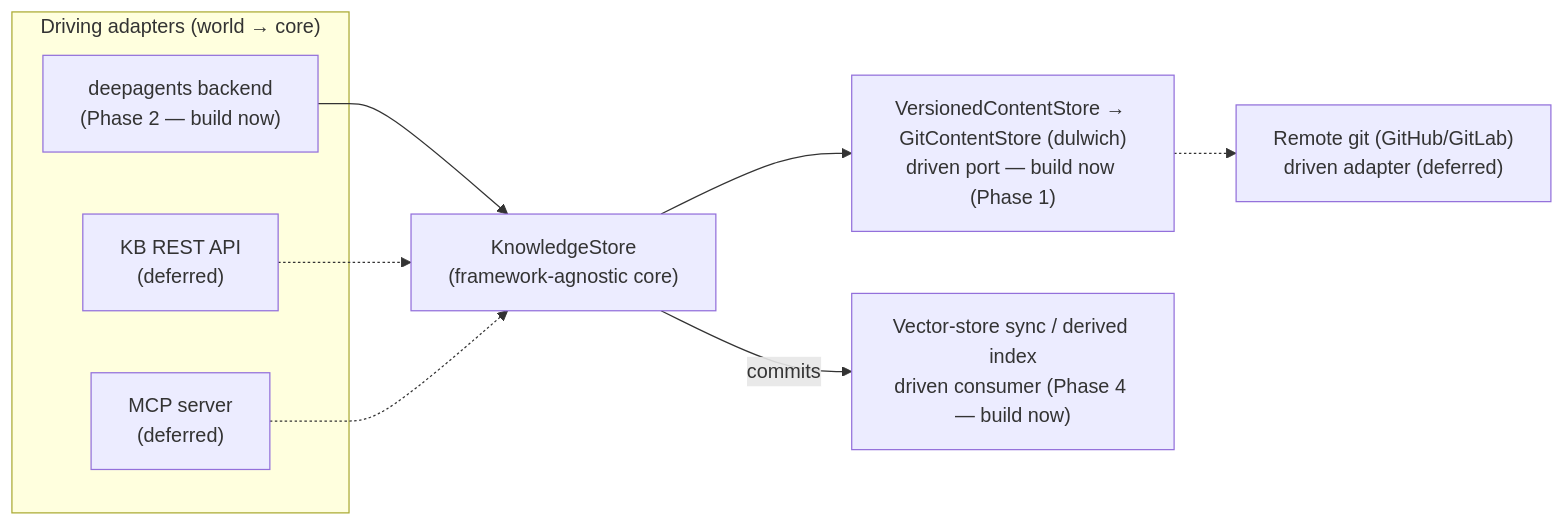
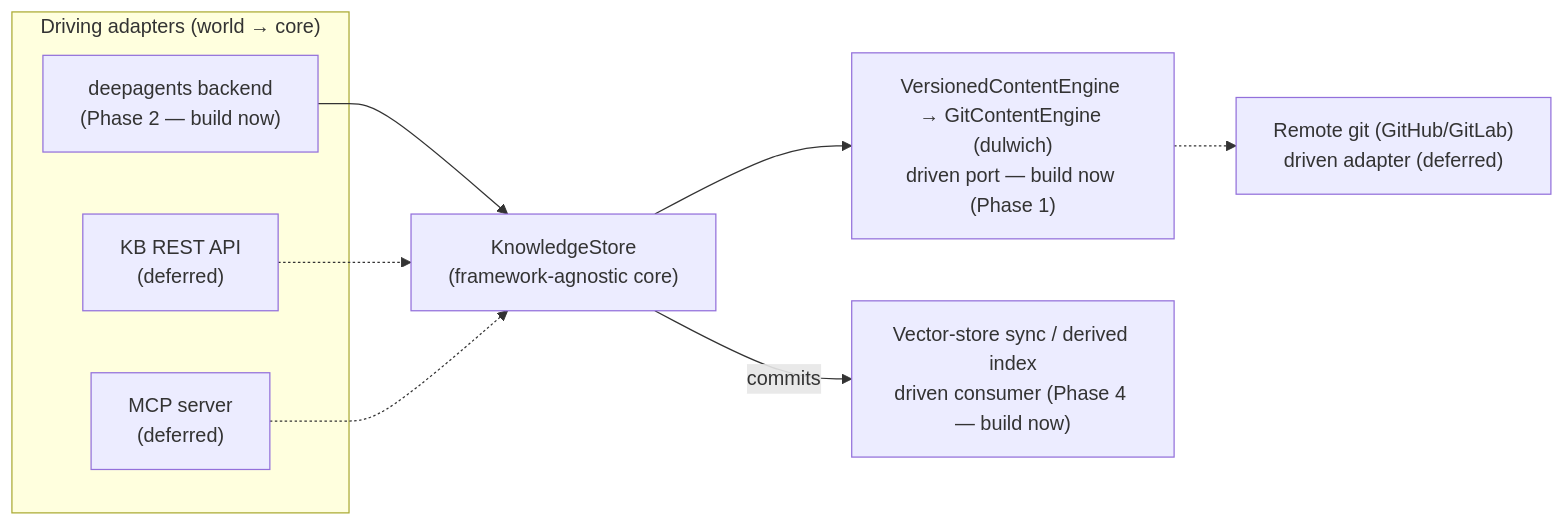
Before and after one commit to MODSetter/SurfSense: the third of 3 diagrams in plans/git-native-kb/00-umbrella-plan.md, drawn with Mermaid. The commit also changed other lines of this file and 4 other files, not shown here.

Commit message:
plans: system diagrams, engine vocabulary, and phase 2 status

````diff
--- a/plans/git-native-kb/00-umbrella-plan.md
+++ b/plans/git-native-kb/00-umbrella-plan.md
@@ -70,18 +70,18 @@
 ```mermaid
 flowchart LR
   subgraph ADAPTERS_IN["Driving adapters (world → core)"]
     DA["deepagents backend<br/>(Phase 2 — build now)"]
     API["KB REST API<br/>(deferred)"]
     MCP["MCP server<br/>(deferred)"]
   end
   CORE["KnowledgeStore<br/>(framework-agnostic core)"]
-  ENGINE["VersionedContentStore → GitContentStore (dulwich)<br/>driven port — build now (Phase 1)"]
+  ENGINE["VersionedContentEngine → GitContentEngine (dulwich)<br/>driven port — build now (Phase 1)"]
   SYNC["Vector-store sync / derived index<br/>driven consumer (Phase 4 — build now)"]
   REMOTE["Remote git (GitHub/GitLab)<br/>driven adapter (deferred)"]
   DA --> CORE
   API -.-> CORE
   MCP -.-> CORE
   CORE --> ENGINE
   CORE -->|commits| SYNC
   ENGINE -.-> REMOTE
 ```
````
